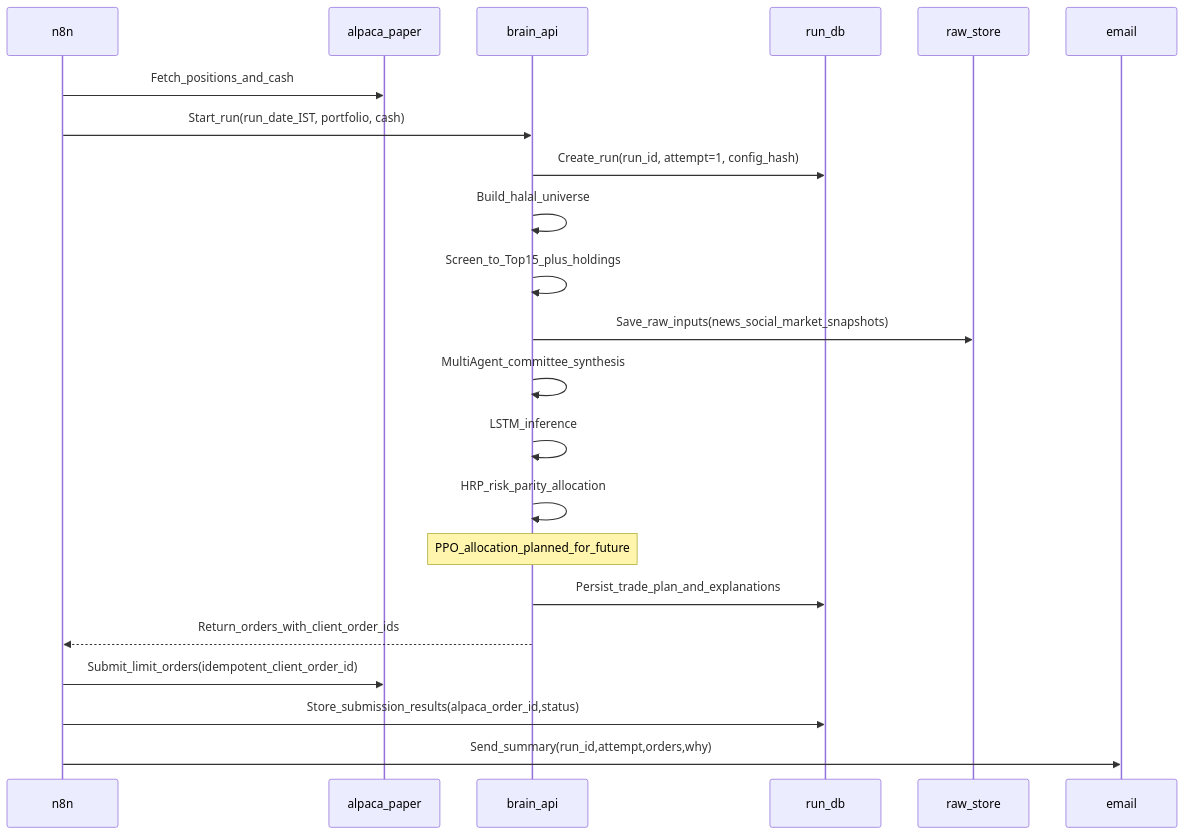
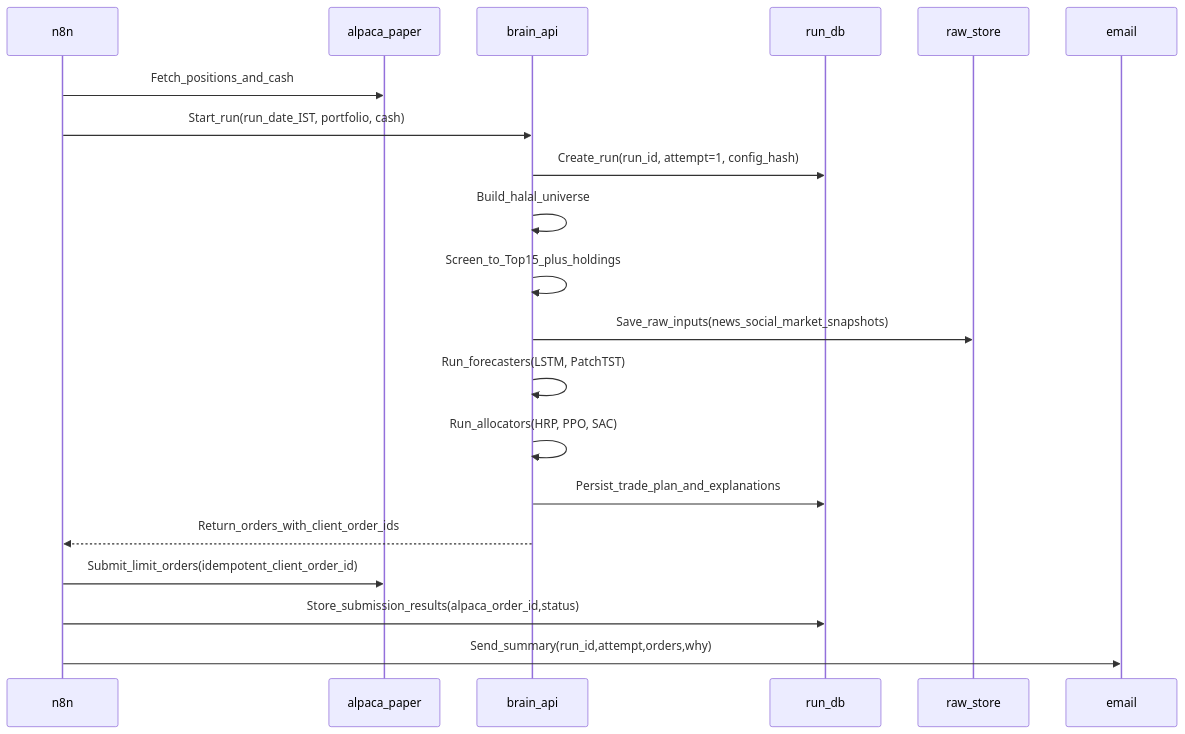
One commit to hajirazin/LearnFinance-2025 changed the second of 3 diagrams in README.md. Above: the diagram before and after it, drawn with Mermaid. The commit also changed other lines of this file and 1 other file, not shown here.

````diff
--- a/README.md
+++ b/README.md
@@ -115,25 +162,23 @@
 ```mermaid
 sequenceDiagram
   participant N8N as n8n
   participant Alpaca as alpaca_paper
   participant Brain as brain_api
   participant DB as run_db
   participant Raw as raw_store
   participant Email as email
 
   N8N->>Alpaca: Fetch_positions_and_cash
   N8N->>Brain: Start_run(run_date_IST, portfolio, cash)
   Brain->>DB: Create_run(run_id, attempt=1, config_hash)
   Brain->>Brain: Build_halal_universe
   Brain->>Brain: Screen_to_Top15_plus_holdings
   Brain->>Raw: Save_raw_inputs(news_social_market_snapshots)
-  Brain->>Brain: MultiAgent_committee_synthesis
-  Brain->>Brain: LSTM_inference
-  Brain->>Brain: HRP_risk_parity_allocation
-  Note over Brain: PPO_allocation_planned_for_future
+  Brain->>Brain: Run_forecasters(LSTM, PatchTST)
+  Brain->>Brain: Run_allocators(HRP, PPO, SAC)
   Brain->>DB: Persist_trade_plan_and_explanations
   Brain-->>N8N: Return_orders_with_client_order_ids
   N8N->>Alpaca: Submit_limit_orders(idempotent_client_order_id)
   N8N->>DB: Store_submission_results(alpaca_order_id,status)
   N8N->>Email: Send_summary(run_id,attempt,orders,why)
 ```
````
